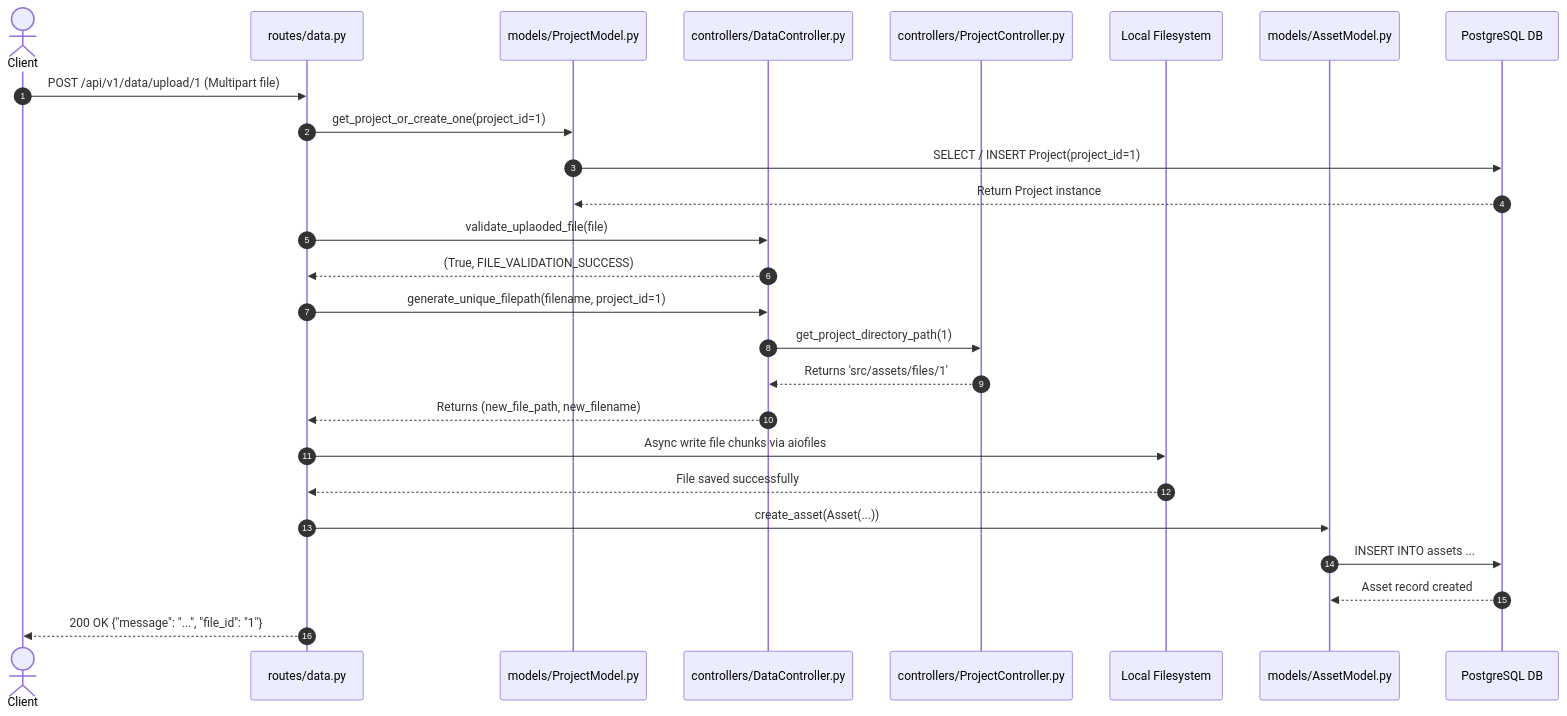
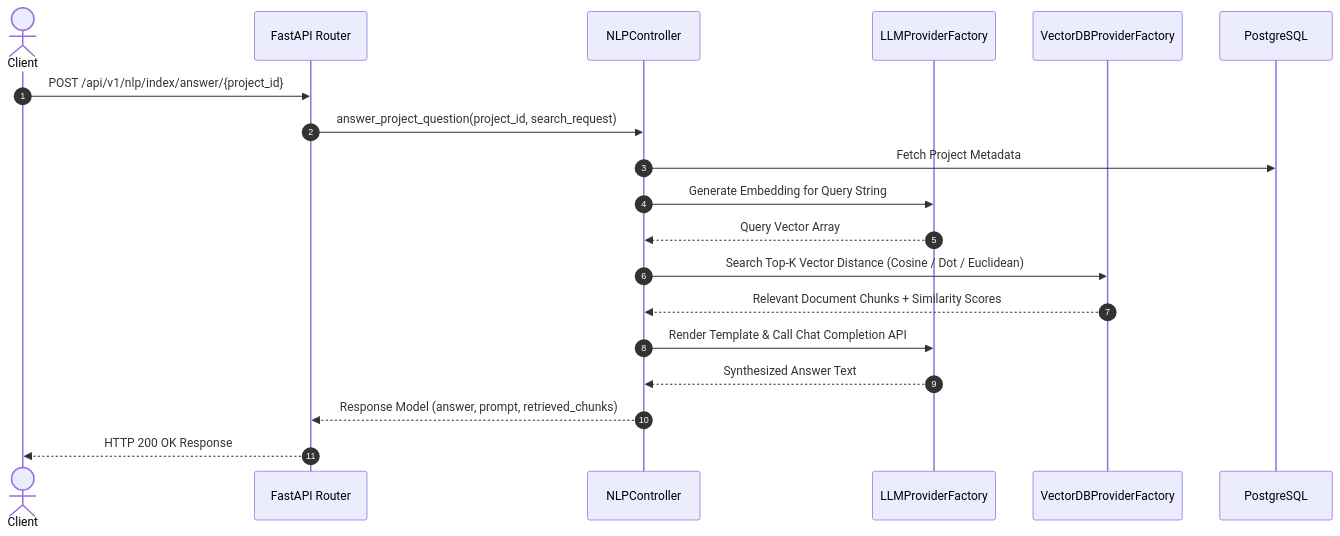
One commit to ahmedeldamaty20/mini-rag changed the second of 8 diagrams in README.md. Above: the diagram before and after it, drawn with Mermaid. The commit also changed other lines of this file and 1 other file, not shown here.

Commit message:
docs: restructure documentation into PROJECT_ARCHITECTURE.md and new production README.md

````diff
--- a/README.md
+++ b/README.md
@@ -282,29 +154,22 @@
 ```mermaid
 sequenceDiagram
     autonumber
     actor Client
-    participant Router as routes/data.py
-    participant ProjModel as models/ProjectModel.py
-    participant DataCtrl as controllers/DataController.py
-    participant ProjCtrl as controllers/ProjectController.py
-    participant Disk as Local Filesystem
-    participant AssetModel as models/AssetModel.py
-    participant DB as PostgreSQL DB
+    participant API as FastAPI Router
+    participant NLP as NLPController
+    participant LLM as LLMProviderFactory
+    participant VDB as VectorDBProviderFactory
+    participant DB as PostgreSQL
 
-    Client->>Router: POST /api/v1/data/upload/1 (Multipart file)
-    Router->>ProjModel: get_project_or_create_one(project_id=1)
-    ProjModel->>DB: SELECT / INSERT Project(project_id=1)
-    DB-->>ProjModel: Return Project instance
-    Router->>DataCtrl: validate_uplaoded_file(file)
-    DataCtrl-->>Router: (True, FILE_VALIDATION_SUCCESS)
-    Router->>DataCtrl: generate_unique_filepath(filename, project_id=1)
-    DataCtrl->>ProjCtrl: get_project_directory_path(1)
-    ProjCtrl-->>DataCtrl: Returns 'src/assets/files/1'
-    DataCtrl-->>Router: Returns (new_file_path, new_filename)
-    Router->>Disk: Async write file chunks via aiofiles
-    Disk-->>Router: File saved successfully
-    Router->>AssetModel: create_asset(Asset(...))
-    AssetModel->>DB: INSERT INTO assets ...
-    DB-->>AssetModel: Asset record created
-    Router-->>Client: 200 OK {"message": "...", "file_id": "1"}
+    Client->>API: POST /api/v1/nlp/index/answer/{project_id}
+    API->>NLP: answer_project_question(project_id, search_request)
+    NLP->>DB: Fetch Project Metadata
+    NLP->>LLM: Generate Embedding for Query String
+    LLM-->>NLP: Query Vector Array
+    NLP->>VDB: Search Top-K Vector Distance (Cosine / Dot / Euclidean)
+    VDB-->>NLP: Relevant Document Chunks + Similarity Scores
+    NLP->>LLM: Render Template & Call Chat Completion API
+    LLM-->>NLP: Synthesized Answer Text
+    NLP-->>API: Response Model (answer, prompt, retrieved_chunks)
+    API-->>Client: HTTP 200 OK Response
 ```
````
